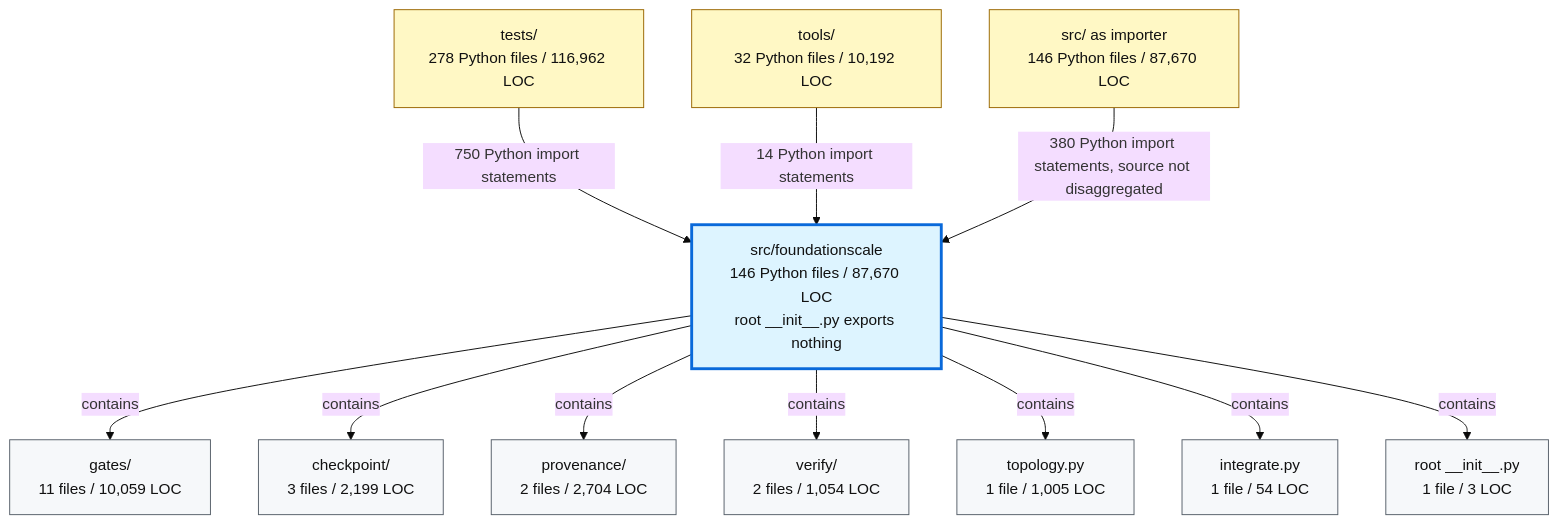
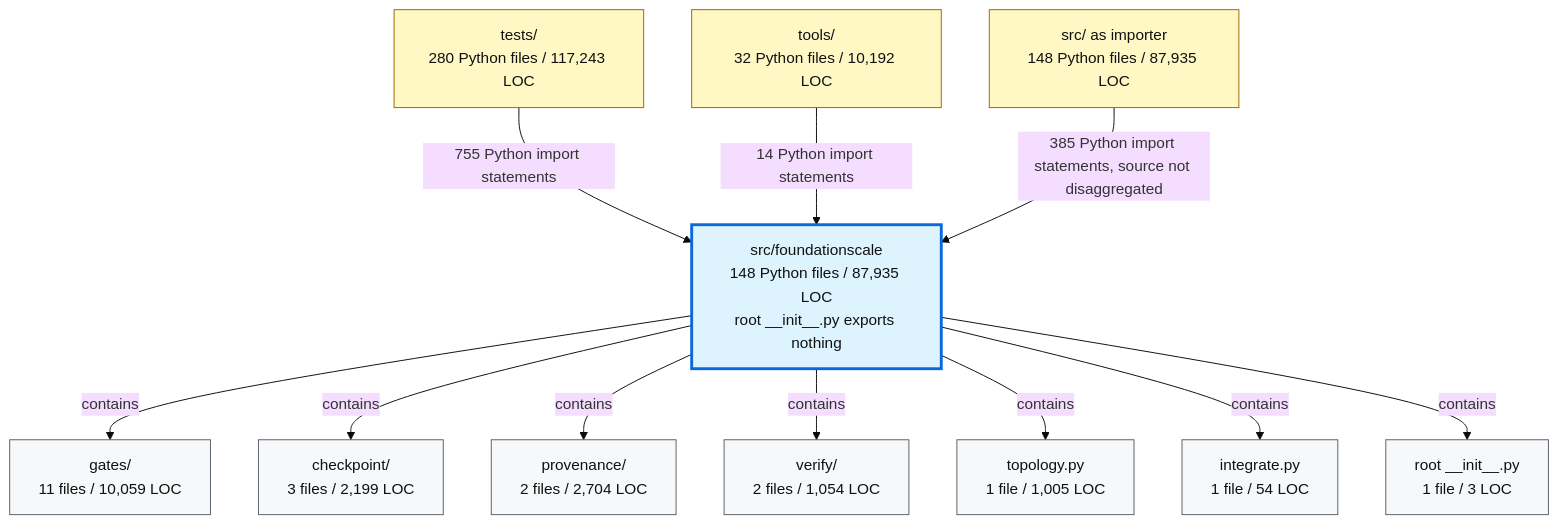
One commit to TranNhiem/FoundationScale changed the second of 2 diagrams in docs/review/D2_current_architecture.md. Above: the diagram before and after it, drawn with Mermaid (base theme). The commit also changed other lines of this file and 10 other files, not shown here.

````diff
--- a/docs/review/D2_current_architecture.md
+++ b/docs/review/D2_current_architecture.md
@@ -97,36 +97,36 @@
 ```mermaid
 flowchart TB
-  TESTS["tests/<br/>278 Python files / 116,962 LOC"]
+  TESTS["tests/<br/>280 Python files / 117,243 LOC"]
   TOOLS["tools/<br/>32 Python files / 10,192 LOC"]
-  SRC["src/ as importer<br/>146 Python files / 87,670 LOC"]
+  SRC["src/ as importer<br/>148 Python files / 87,935 LOC"]
 
-  FS["src/foundationscale<br/>146 Python files / 87,670 LOC<br/>root __init__.py exports nothing"]
+  FS["src/foundationscale<br/>148 Python files / 87,935 LOC<br/>root __init__.py exports nothing"]
 
   GATES["gates/<br/>11 files / 10,059 LOC"]
   CKPT["checkpoint/<br/>3 files / 2,199 LOC"]
   PROV["provenance/<br/>2 files / 2,704 LOC"]
   VERIFY["verify/<br/>2 files / 1,054 LOC"]
   TOPO["topology.py<br/>1 file / 1,005 LOC"]
   INTEG["integrate.py<br/>1 file / 54 LOC"]
   ROOT["root __init__.py<br/>1 file / 3 LOC"]
 
-  TESTS -->|"750 Python import statements"| FS
+  TESTS -->|"755 Python import statements"| FS
   TOOLS -->|"14 Python import statements"| FS
-  SRC -->|"380 Python import statements, source not disaggregated"| FS
+  SRC -->|"385 Python import statements, source not disaggregated"| FS
 
   FS -->|"contains"| GATES
   FS -->|"contains"| CKPT
   FS -->|"contains"| PROV
   FS -->|"contains"| VERIFY
   FS -->|"contains"| TOPO
   FS -->|"contains"| INTEG
   FS -->|"contains"| ROOT
 
   classDef consumer fill:#fff8c5,stroke:#9a6700,color:#111;
   classDef package fill:#ddf4ff,stroke:#0969da,stroke-width:3px,color:#111;
   classDef module fill:#f6f8fa,stroke:#57606a,color:#111;
 
   class TESTS,TOOLS,SRC consumer;
   class FS package;
   class GATES,CKPT,PROV,VERIFY,TOPO,INTEG,ROOT module;
 ```
````
